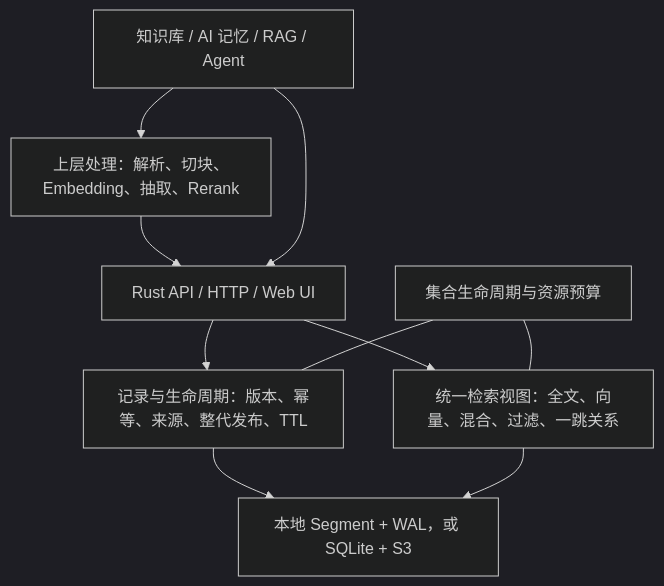
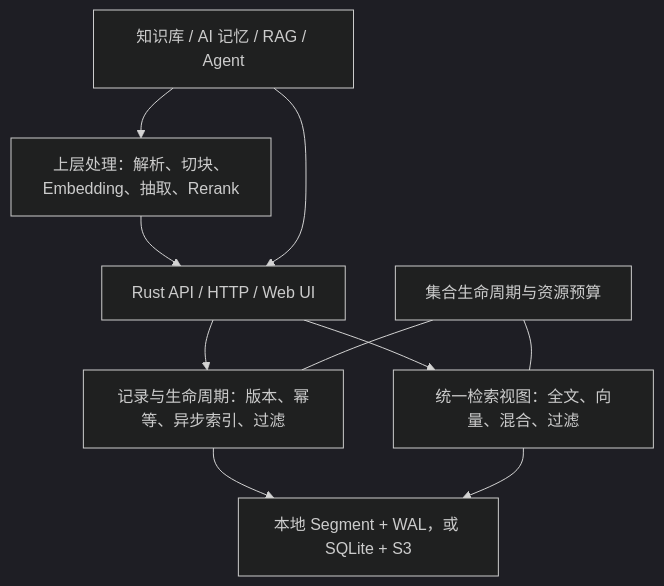
The diagram in docs/project-overview.md (TheLudlows/anyseek), drawn with Mermaid (dark theme) before and after one commit. The commit also changed other lines of this file and 28 other files, not shown here.

````diff
--- a/docs/project-overview.md
+++ b/docs/project-overview.md
@@ -11,18 +13,18 @@
 ```mermaid
 flowchart TB
     App["知识库 / AI 记忆 / RAG / Agent"]
     Pipeline["上层处理：解析、切块、Embedding、抽取、Rerank"]
     API["Rust API / HTTP / Web UI"]
-    Record["记录与生命周期：版本、幂等、来源、整代发布、TTL"]
-    Query["统一检索视图：全文、向量、混合、过滤、一跳关系"]
+    Record["记录与生命周期：版本、幂等、异步索引、过滤"]
+    Query["统一检索视图：全文、向量、混合、过滤"]
     Control["集合生命周期与资源预算"]
     Storage["本地 Segment + WAL，或 SQLite + S3"]
     App --> Pipeline --> API
     App --> API
     API --> Record
     API --> Query
     Control --- Record
     Control --- Query
     Record --> Storage
     Query --> Storage
 ```
````
